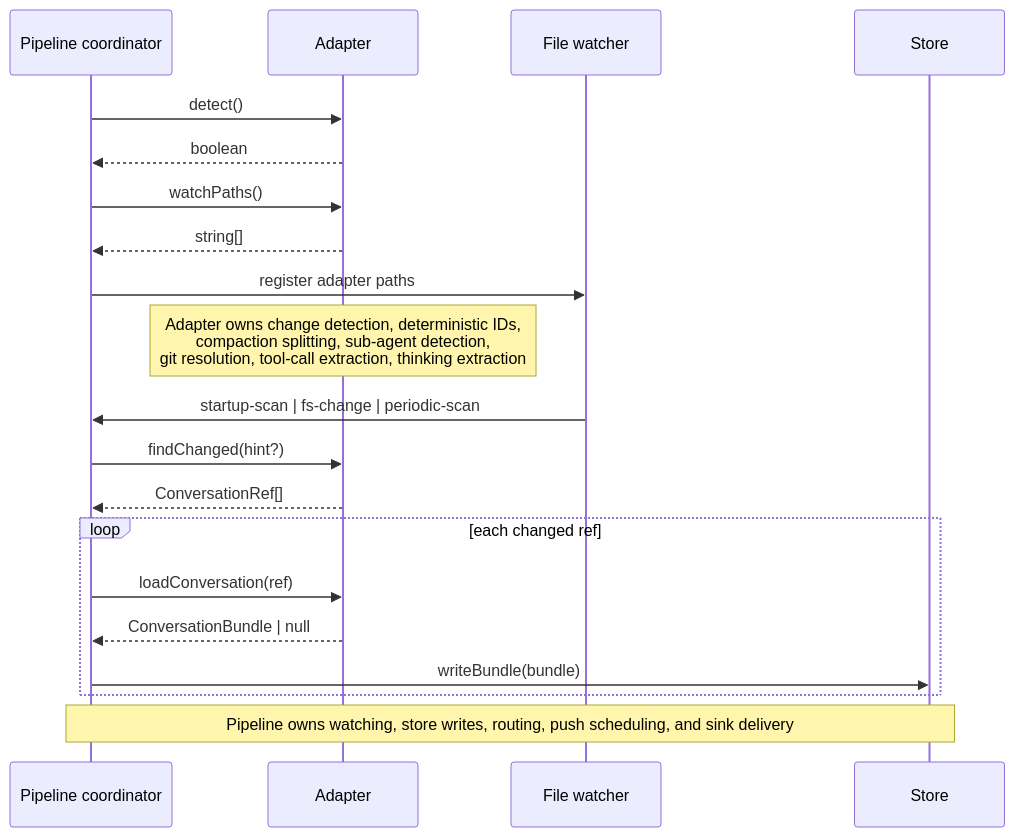
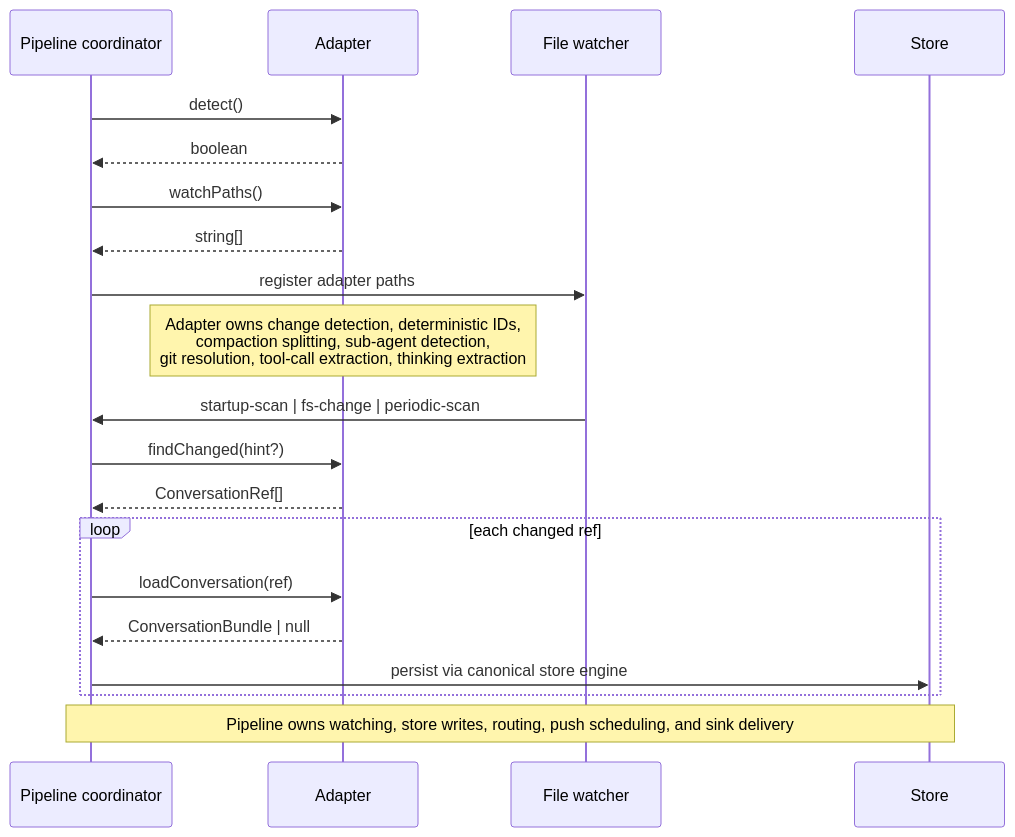
One commit to mendeleden/jin changed the diagram in docs/blueprint/mermaid/bp-04-adapter-contract-flow.mmd. Above: the diagram before and after it, drawn with Mermaid. The commit also changed 32 other files, not shown here.

```diff
--- a/docs/blueprint/mermaid/bp-04-adapter-contract-flow.mmd
+++ b/docs/blueprint/mermaid/bp-04-adapter-contract-flow.mmd
@@ -1,28 +1,28 @@
 %% Source: docs/blueprint/BP-04-adapter-contract.md
 %% Diagram: Adapter Contract Flow
 
 sequenceDiagram
     participant Coordinator as Pipeline coordinator
     participant Adapter
     participant Watcher as File watcher
     participant Store
 
     Coordinator->>Adapter: detect()
     Adapter-->>Coordinator: boolean
     Coordinator->>Adapter: watchPaths()
     Adapter-->>Coordinator: string[]
     Coordinator->>Watcher: register adapter paths
 
     Note over Adapter: Adapter owns change detection, deterministic IDs,<br/>compaction splitting, sub-agent detection,<br/>git resolution, tool-call extraction, thinking extraction
 
     Watcher->>Coordinator: startup-scan | fs-change | periodic-scan
     Coordinator->>Adapter: findChanged(hint?)
     Adapter-->>Coordinator: ConversationRef[]
 
     loop each changed ref
         Coordinator->>Adapter: loadConversation(ref)
         Adapter-->>Coordinator: ConversationBundle | null
-        Coordinator->>Store: writeBundle(bundle)
+        Coordinator->>Store: persist via canonical store engine
     end
 
     Note over Coordinator,Store: Pipeline owns watching, store writes, routing, push scheduling, and sink delivery
```
